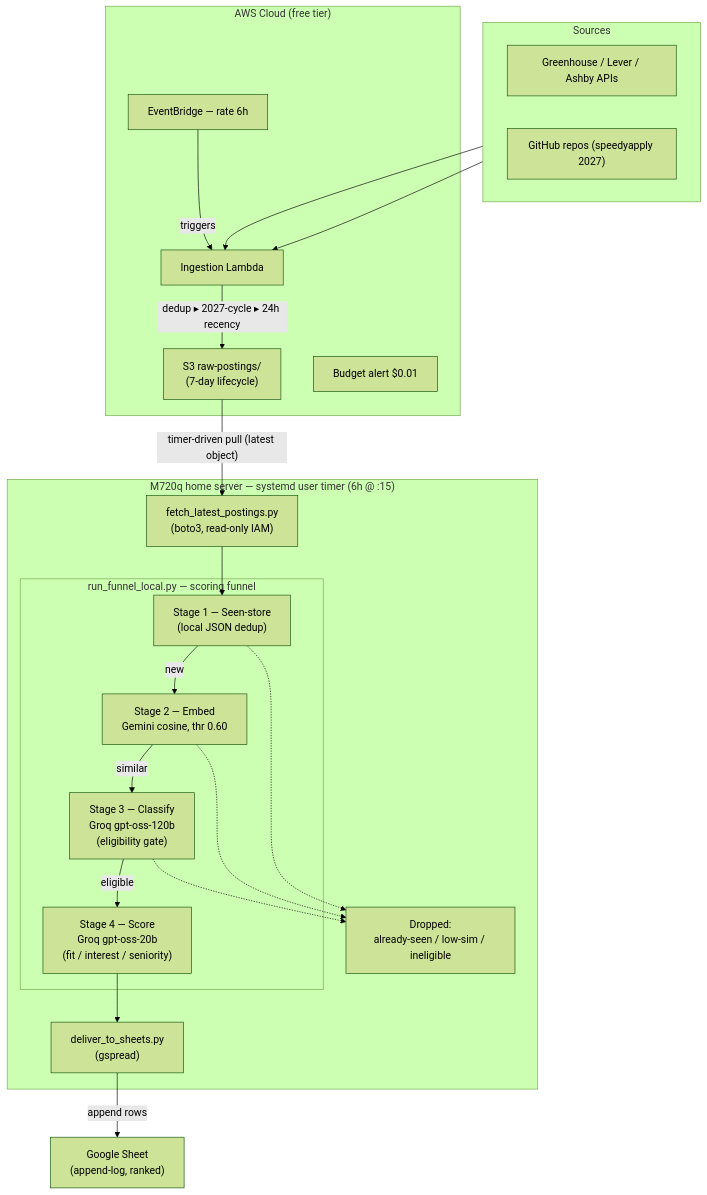
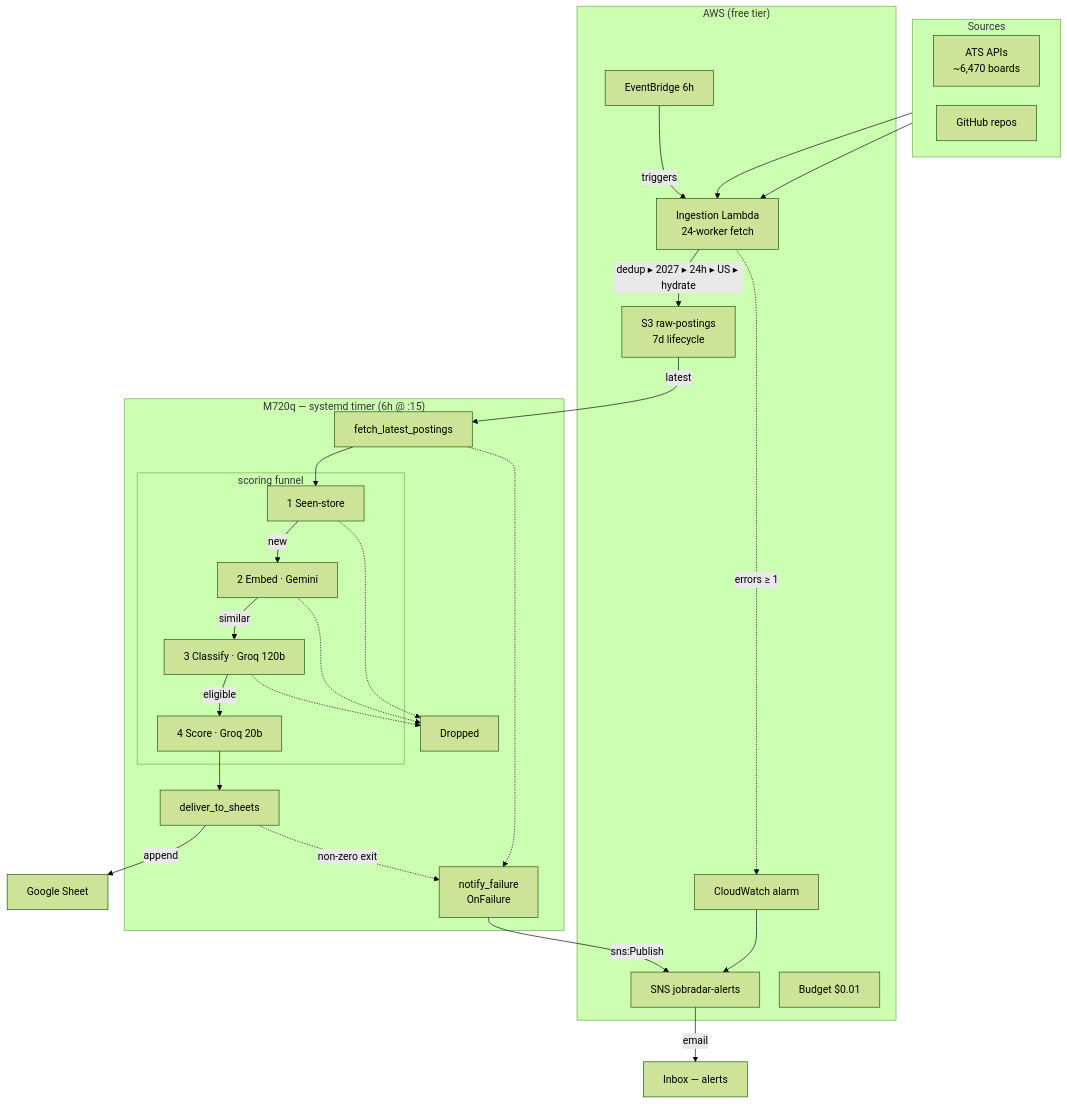
The diagram in README.md (aarush6848ddh/job-radar), drawn with Mermaid (forest theme) before and after one commit.

````diff
--- a/README.md
+++ b/README.md
@@ -17,41 +17,48 @@
 ```mermaid
+%%{init: {"flowchart": {"nodeSpacing": 30, "rankSpacing": 40}}}%%
 flowchart TB
     subgraph SRC["Sources"]
         direction LR
-        GH["Greenhouse / Lever / Ashby APIs"]
-        REPOS["GitHub repos (speedyapply 2027)"]
+        GH["ATS APIs<br/>~6,470 boards"]
+        REPOS["GitHub repos"]
     end
 
-    subgraph AWS["AWS Cloud (free tier)"]
-        EB["EventBridge — rate 6h"] -->|triggers| ING["Ingestion Lambda"]
-        ING -->|"dedup ▸ 2027-cycle ▸ 24h recency"| S3["S3 raw-postings/<br/>(7-day lifecycle)"]
-        CW["Budget alert $0.01"]
+    subgraph AWS["AWS (free tier)"]
+        EB["EventBridge 6h"] -->|triggers| ING["Ingestion Lambda<br/>24-worker fetch"]
+        ING -->|"dedup ▸ 2027 ▸ 24h ▸ US ▸ hydrate"| S3["S3 raw-postings<br/>7d lifecycle"]
+        ING -.->|"errors ≥ 1"| ALARM["CloudWatch alarm"]
+        ALARM --> SNS["SNS jobradar-alerts"]
+        BUDGET["Budget $0.01"]
     end
 
-    subgraph BOX["M720q home server — systemd user timer (6h @ :15)"]
-        FETCH["fetch_latest_postings.py<br/>(boto3, read-only IAM)"]
-        subgraph FUNNEL["run_funnel_local.py — scoring funnel"]
-            F1["Stage 1 — Seen-store<br/>(local JSON dedup)"]
-            F2["Stage 2 — Embed<br/>Gemini cosine, thr 0.60"]
-            F3["Stage 3 — Classify<br/>Groq gpt-oss-120b<br/>(eligibility gate)"]
-            F4["Stage 4 — Score<br/>Groq gpt-oss-20b<br/>(fit / interest / seniority)"]
-            F1 -->|new| F2
-            F2 -->|similar| F3
-            F3 -->|eligible| F4
+    subgraph BOX["M720q — systemd timer (6h @ :15)"]
+        FETCH["fetch_latest_postings"]
+        subgraph FUNNEL["scoring funnel"]
+            F1["1 Seen-store"]
+            F2["2 Embed · Gemini"]
+            F3["3 Classify · Groq 120b"]
+            F4["4 Score · Groq 20b"]
+            F1 -->|new| F2 -->|similar| F3 -->|eligible| F4
         end
-        DELIVER["deliver_to_sheets.py<br/>(gspread)"]
-        DROP["Dropped:<br/>already-seen / low-sim / ineligible"]
+        DELIVER["deliver_to_sheets"]
+        DROP["Dropped"]
+        NOTIFY["notify_failure<br/>OnFailure"]
         FETCH --> F1
         F4 --> DELIVER
         F1 -.-> DROP
         F2 -.-> DROP
         F3 -.-> DROP
     end
 
-    SHEET["Google Sheet<br/>(append-log, ranked)"]
+    SHEET["Google Sheet"]
+    EMAIL["Inbox — alerts"]
 
     GH --> ING
     REPOS --> ING
-    S3 -->|"timer-driven pull (latest object)"| FETCH
-    DELIVER -->|append rows| SHEET
+    S3 -->|latest| FETCH
+    DELIVER -->|append| SHEET
+    FETCH -.-> NOTIFY
+    DELIVER -.->|"non-zero exit"| NOTIFY
+    NOTIFY -->|"sns:Publish"| SNS
+    SNS -->|email| EMAIL
 ```
````
